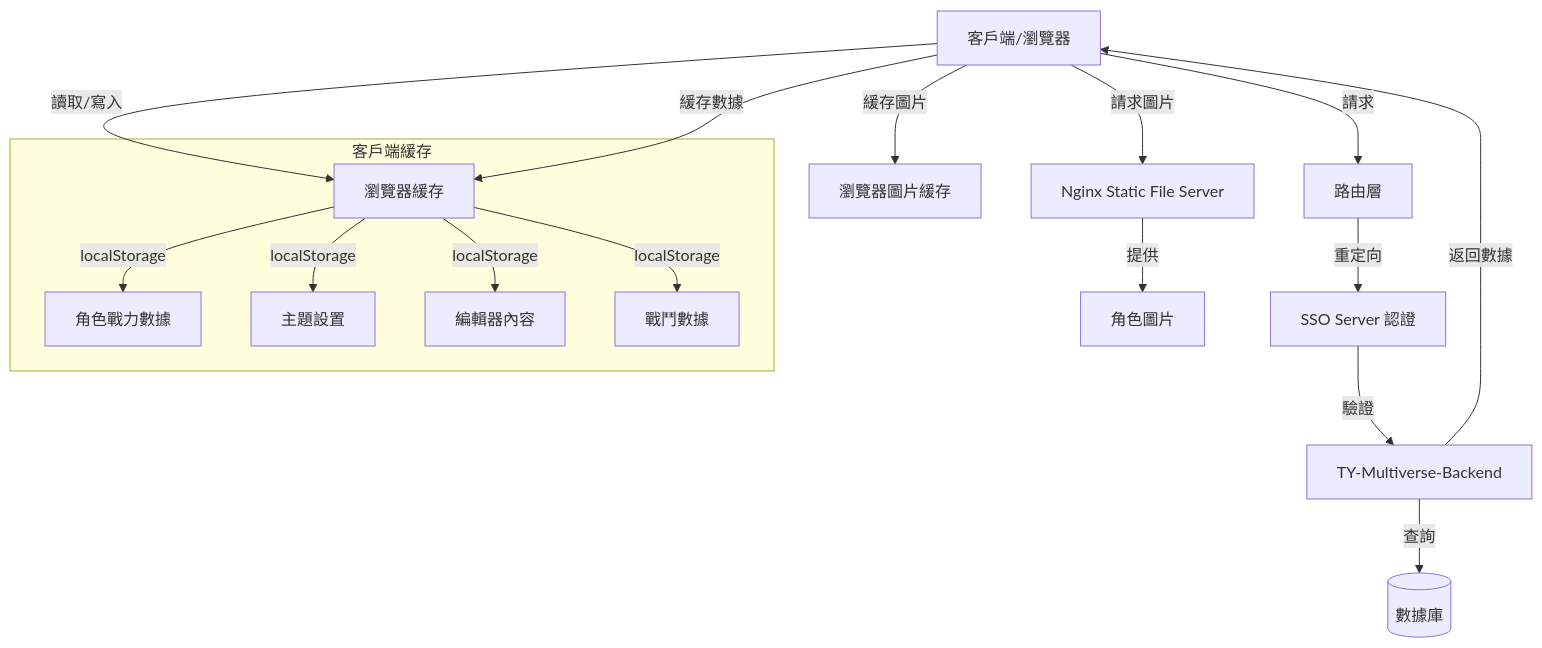
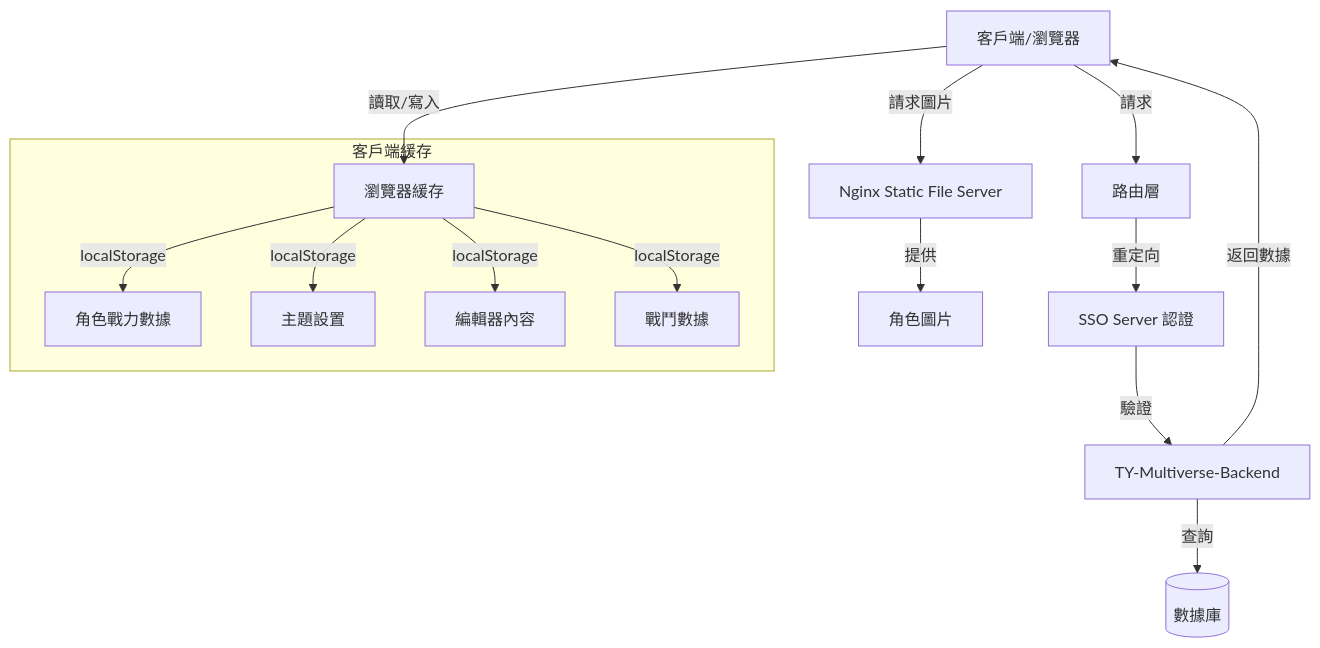
The first of 5 diagrams in README.md (Vinskao/ty-multiverse), drawn with Mermaid before and after one commit. The commit also changed other lines of this file and 1 other file, not shown here.

````diff
--- a/README.md
+++ b/README.md
@@ -570,23 +51,21 @@
 ```mermaid
 graph TD
     Client[客戶端/瀏覽器] --> |請求| Router[路由層]
     Router --> |重定向| SSO[SSO Server 認證]
     SSO --> |驗證| API[TY-Multiverse-Backend]
     API --> |查詢| DB[(數據庫)]
     
     Client --> |請求圖片| Nginx[Nginx Static File Server]
     Nginx --> |提供| Images[角色圖片]
-    Client --> |緩存圖片| BrowserImageCache[瀏覽器圖片緩存]
     
     subgraph 客戶端緩存
         BrowserCache[瀏覽器緩存]
         BrowserCache --> |localStorage| CharacterData[角色戰力數據]
         BrowserCache --> |localStorage| ThemeData[主題設置]
         BrowserCache --> |localStorage| EditorContent[編輯器內容]
         BrowserCache --> |localStorage| FightData[戰鬥數據]
     end
     
     Client --> |讀取/寫入| BrowserCache
     API --> |返回數據| Client
-    Client --> |緩存數據| BrowserCache
 ```
````
